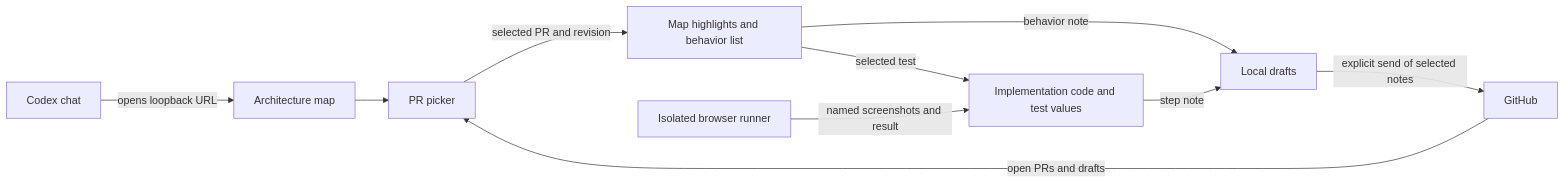
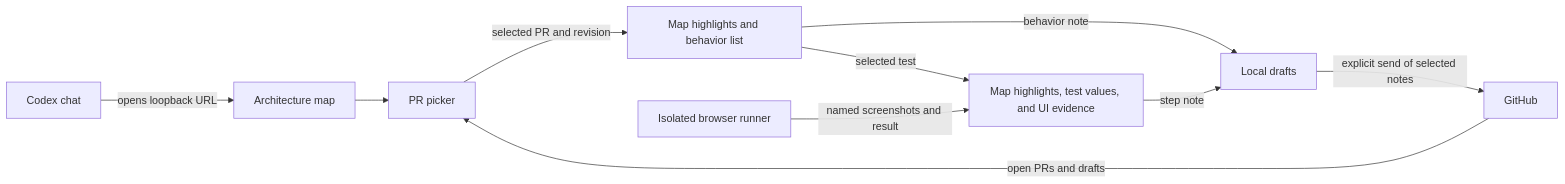
One commit to lycho33/Terminology changed the diagram in docs/skill-graph/visual-pr-reviewer.md. Above: the diagram before and after it, drawn with Mermaid. The commit also changed other lines of this file and 10 other files, not shown here.

Commit message:
Walk through test data on the architecture board

```diff
--- a/docs/skill-graph/visual-pr-reviewer.md
+++ b/docs/skill-graph/visual-pr-reviewer.md
@@ -24,12 +24,12 @@
 ~~~mermaid
 flowchart LR
     chat["Codex chat"] -->|"opens loopback URL"| map["Architecture map"]
     github["GitHub"] -->|"open PRs and drafts"| picker["PR picker"]
     map --> picker
     picker -->|"selected PR and revision"| view["Map highlights and behavior list"]
-    view -->|"selected test"| steps["Implementation code and test values"]
+    view -->|"selected test"| steps["Map highlights, test values, and UI evidence"]
     runner["Isolated browser runner"] -->|"named screenshots and result"| steps
     view -->|"behavior note"| drafts["Local drafts"]
     steps -->|"step note"| drafts
     drafts -->|"explicit send of selected notes"| github
 ~~~
```
